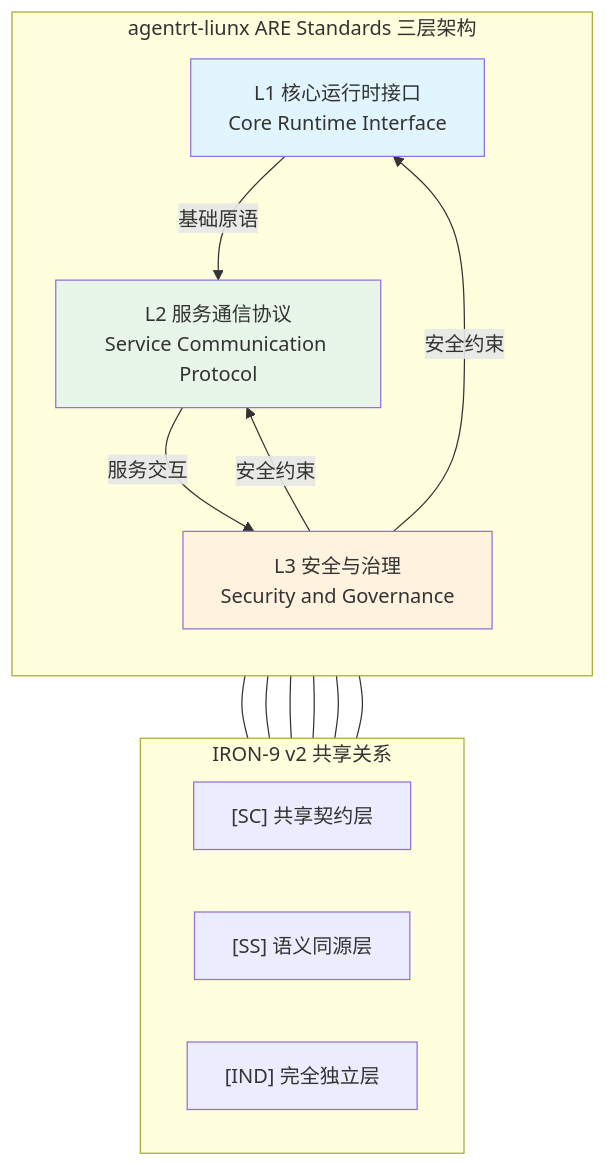
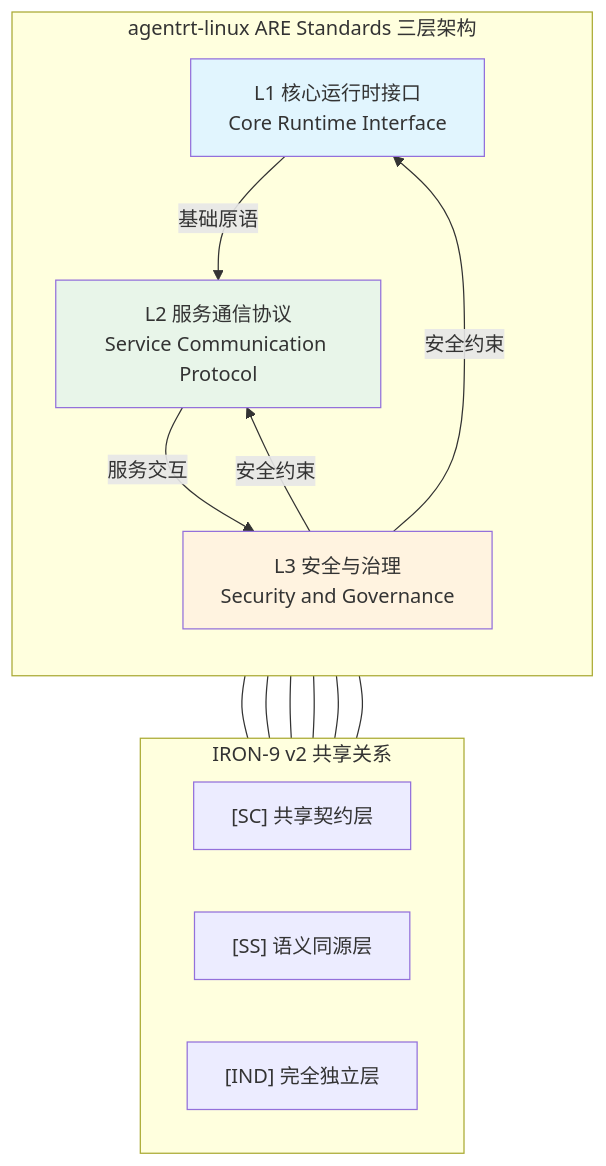
One commit to openairymax/docs changed the first of 2 diagrams in AirymaxOS/50-engineering-standards/30-runtime-interfaces/README.md. Above: the diagram before and after it, drawn with Mermaid. The commit also changed other lines of this file and 75 other files, not shown here.

````diff
--- a/AirymaxOS/50-engineering-standards/30-runtime-interfaces/README.md
+++ b/AirymaxOS/50-engineering-standards/30-runtime-interfaces/README.md
@@ -108,32 +108,32 @@
 ```mermaid
 graph TB
-    subgraph "agentrt-liunx ARE Standards 三层架构"
+    subgraph "agentrt-linux ARE Standards 三层架构"
         direction TB
         L1["L1 核心运行时接口<br/>Core Runtime Interface"]
         L2["L2 服务通信协议<br/>Service Communication Protocol"]
         L3["L3 安全与治理<br/>Security and Governance"]
         
         L1 -->|基础原语| L2
         L2 -->|服务交互| L3
         L3 -->|安全约束| L1
         L3 -->|安全约束| L2
     end
     
     subgraph "IRON-9 v2 共享关系"
         direction LR
         SC["[SC] 共享契约层"]
         SS["[SS] 语义同源层"]
         IND["[IND] 完全独立层"]
         
         L1 --- SC
         L2 --- SC
         L3 --- SC
         L1 --- SS
         L2 --- SS
         L3 --- IND
     end
     
     style L1 fill:#e1f5fe
     style L2 fill:#e8f5e9
     style L3 fill:#fff3e0
 ```
````
